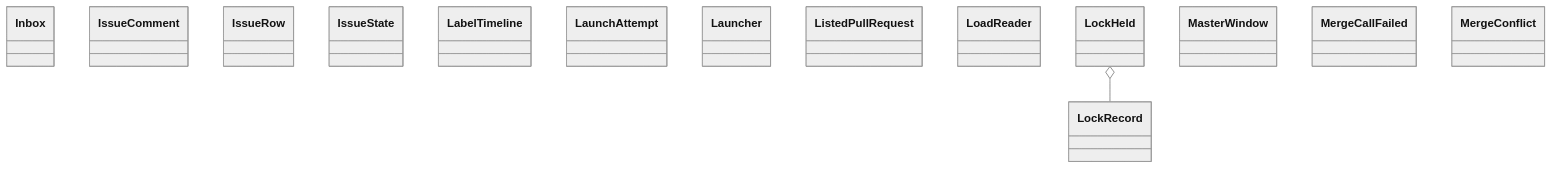
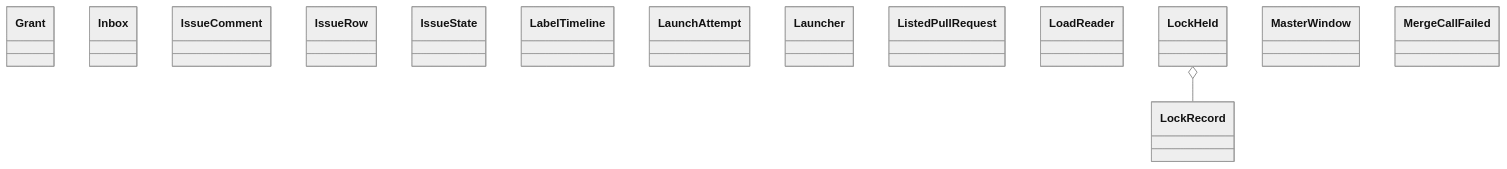
One commit to GonzaloZevallos/agentic-system changed the diagram in docs/architecture/generated/classes-process-application-support-3.md. Above: the diagram before and after it, drawn with Mermaid (neutral theme). The commit also changed 11 other files, not shown here.

````diff
--- a/docs/architecture/generated/classes-process-application-support-3.md
+++ b/docs/architecture/generated/classes-process-application-support-3.md
@@ -19,18 +19,18 @@
 ```mermaid
 classDiagram
+    class ports__Grant["Grant"]
     class ports__Inbox["Inbox"]
     class ports__IssueComment["IssueComment"]
     class ports__IssueRow["IssueRow"]
     class ports__IssueState["IssueState"]
     class ports__LabelTimeline["LabelTimeline"]
     class ports__LaunchAttempt["LaunchAttempt"]
     class ports__Launcher["Launcher"]
     class ports__ListedPullRequest["ListedPullRequest"]
     class ports__LoadReader["LoadReader"]
     class ports__LockHeld["LockHeld"]
     class ports__LockRecord["LockRecord"]
     class ports__MasterWindow["MasterWindow"]
     class ports__MergeCallFailed["MergeCallFailed"]
-    class ports__MergeConflict["MergeConflict"]
     ports__LockHeld o-- ports__LockRecord
 ```
````
